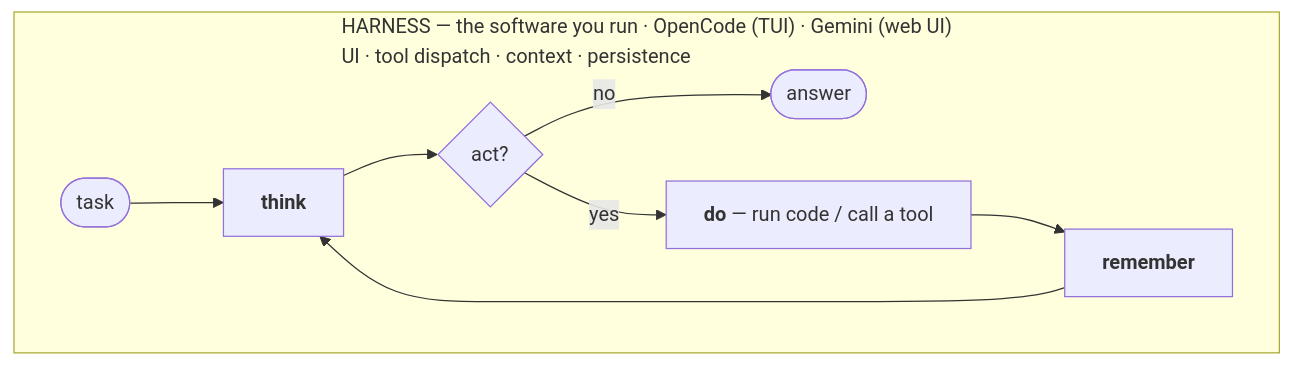
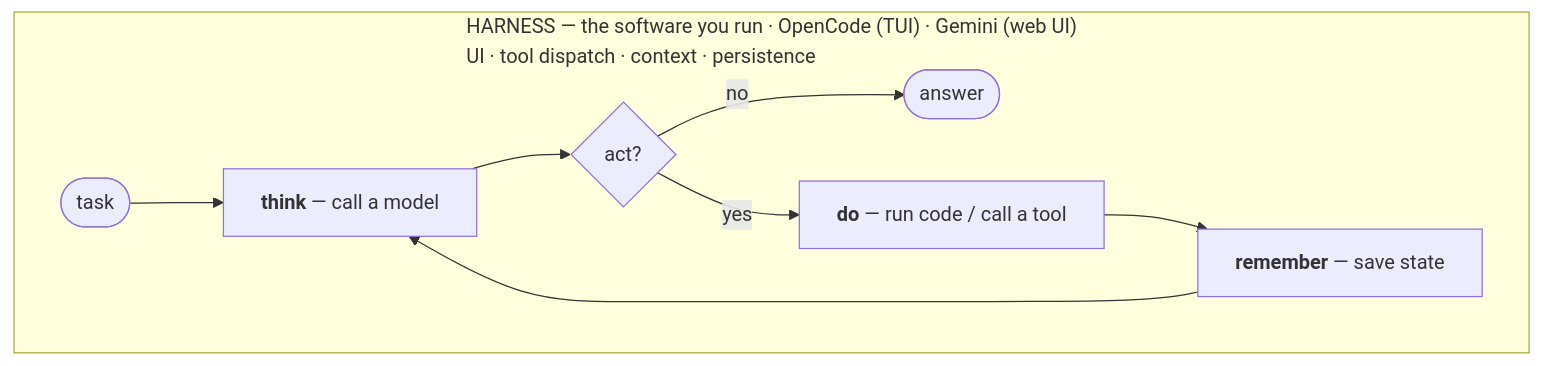
Before and after one commit to tilsley/creance: the second of 14 diagrams in docs/stack-slides.md, drawn with Mermaid.

Commit message:
docs(slides): gloss the loop steps with their literal mechanic
think -> call a model, remember -> save state (do already glossed), so slide 2
reads as what the harness actually does -- the harness is plumbing; the model
is the smart part.

````diff
--- a/docs/stack-slides.md
+++ b/docs/stack-slides.md
@@ -28,11 +28,11 @@
 ```mermaid
 flowchart TB
   subgraph HARNESS["HARNESS — the software you run · OpenCode (TUI) · Gemini (web UI)<br/>UI · tool dispatch · context · persistence"]
-    Start(["task"]) --> Think["<b>think</b>"]
+    Start(["task"]) --> Think["<b>think</b> — call a model"]
     Think --> Q{"act?"}
     Q -- "no" --> Done(["answer"])
     Q -- "yes" --> Do["<b>do</b> — run code / call a tool"]
-    Do --> Rem["<b>remember</b>"]
+    Do --> Rem["<b>remember</b> — save state"]
     Rem --> Think
   end
 ```
````
